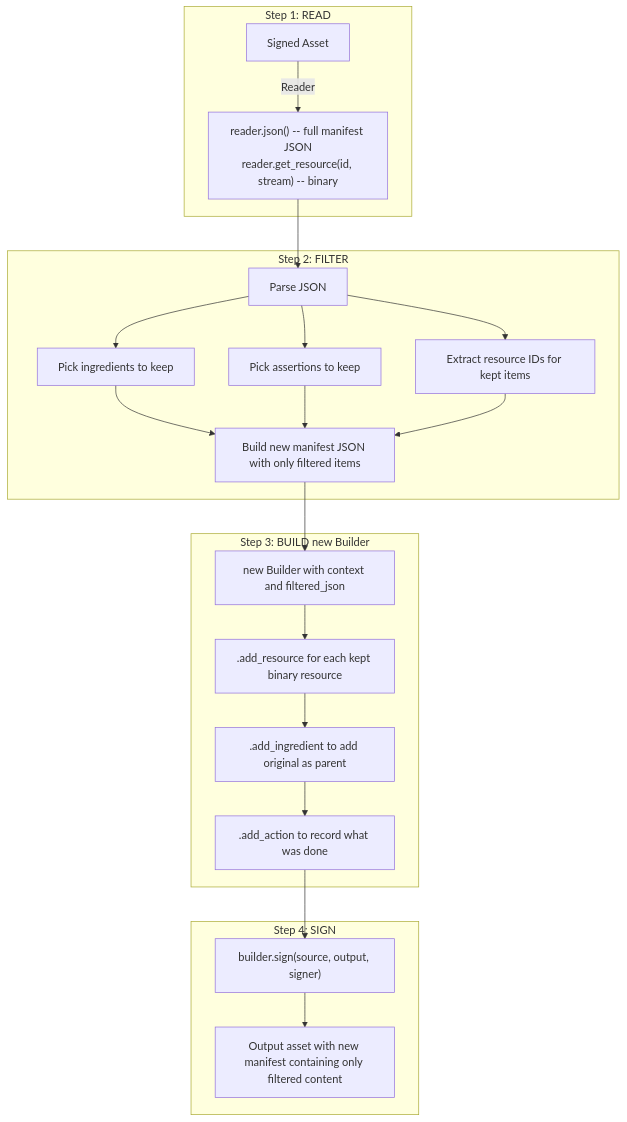
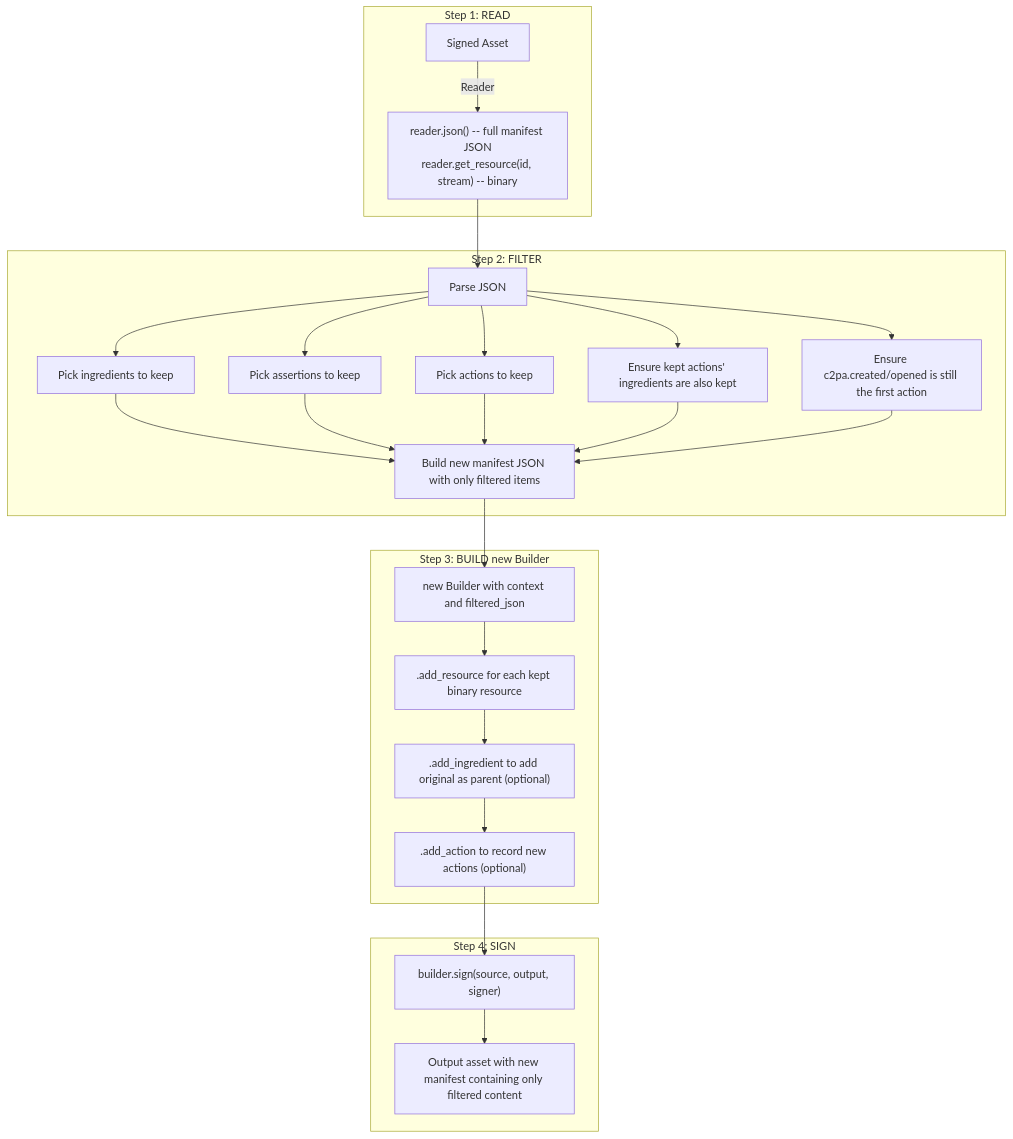
One commit to contentauth/c2pa-c changed diagram 13 of 15 in docs/selective-manifests.md. Above: the diagram before and after it, drawn with Mermaid. The commit also changed other lines of this file and 1 other file, not shown here.

````diff
--- a/docs/selective-manifests.md
+++ b/docs/selective-manifests.md
@@ -449,26 +1109,28 @@
 ```mermaid
 flowchart TD
     subgraph Step1["Step 1: READ"]
         SA[Signed Asset] -->|Reader| RD["reader.json() -- full manifest JSON\nreader.get_resource(id, stream) -- binary"]
     end
 
     subgraph Step2["Step 2: FILTER"]
         RD --> FI[Parse JSON]
         FI --> F1[Pick ingredients to keep]
         FI --> F2[Pick assertions to keep]
-        FI --> F3[Extract resource IDs for kept items]
-        F1 & F2 & F3 --> FM[Build new manifest JSON with only filtered items]
+        FI --> F3[Pick actions to keep]
+        FI --> F4[Ensure kept actions' ingredients are also kept]
+        FI --> F5["Ensure c2pa.created/opened is still the first action"]
+        F1 & F2 & F3 & F4 & F5 --> FM[Build new manifest JSON with only filtered items]
     end
 
     subgraph Step3["Step 3: BUILD new Builder"]
         FM --> BLD["new Builder with context and filtered_json"]
         BLD --> AR[".add_resource for each kept binary resource"]
-        AR --> AI[".add_ingredient to add original as parent"]
-        AI --> AA[".add_action to record what was done"]
+        AR --> AI[".add_ingredient to add original as parent (optional)"]
+        AI --> AA[".add_action to record new actions (optional)"]
     end
 
     subgraph Step4["Step 4: SIGN"]
         AA --> SIGN["builder.sign(source, output, signer)"]
         SIGN --> OUT[Output asset with new manifest containing only filtered content]
     end
 ```
````
